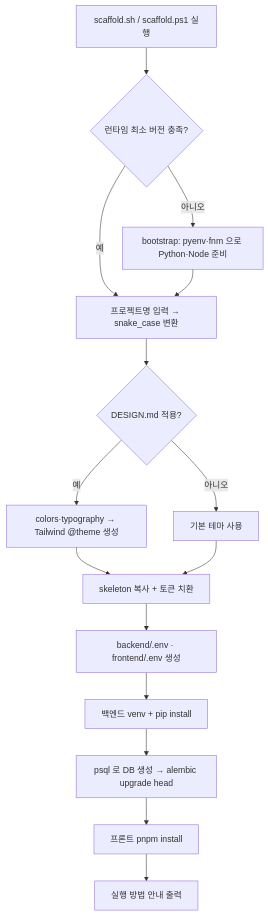
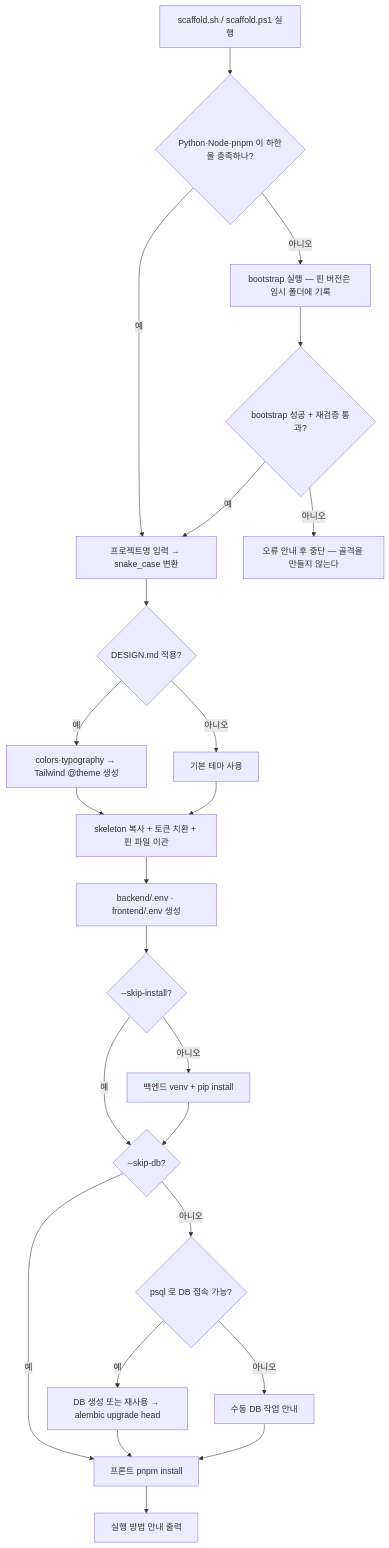
The second of 4 diagrams in README.md (al8bright/fastapi-svelte-pg-starter), drawn with Mermaid before and after one commit. The commit also changed other lines of this file, not shown here.

Commit message:
[Structural] docs: 스캐폴드 흐름도를 실제 동작에 맞게 수정
흐름도가 스크립트와 어긋나 있었다. 실패 경로가 아예 없었고 옵션 분기도 빠져 있었다.

- bootstrap 재검증 실패 시 중단 분기 추가
- --skip-install / --skip-db 분기와 psql 접속 실패 시 수동 안내 경로 추가
- '스크립트가 하는 일' 목록에 런타임 사전 검사 단계 추가

````diff
--- a/README.md
+++ b/README.md
@@ -61,17 +61,26 @@
 ```mermaid
 flowchart TD
-    A["scaffold.sh / scaffold.ps1 실행"] --> B{"런타임 최소 버전 충족?"}
-    B -- 아니오 --> C["bootstrap: pyenv·fnm 으로 Python·Node 준비"]
-    B -- 예 --> D["프로젝트명 입력 → snake_case 변환"]
-    C --> D
-    D --> E{"DESIGN.md 적용?"}
-    E -- 예 --> F["colors·typography → Tailwind @theme 생성"]
-    E -- 아니오 --> G["기본 테마 사용"]
-    F --> H["skeleton 복사 + 토큰 치환"]
-    G --> H
-    H --> I["backend/.env · frontend/.env 생성"]
-    I --> J["백엔드 venv + pip install"]
-    J --> K["psql 로 DB 생성 → alembic upgrade head"]
-    K --> L["프론트 pnpm install"]
-    L --> M["실행 방법 안내 출력"]
+    A["scaffold.sh / scaffold.ps1 실행"] --> B{"Python·Node·pnpm 이 하한을 충족하나?"}
+    B -- 예 --> E["프로젝트명 입력 → snake_case 변환"]
+    B -- 아니오 --> C["bootstrap 실행 — 핀 버전은 임시 폴더에 기록"]
+    C --> D{"bootstrap 성공 + 재검증 통과?"}
+    D -- 아니오 --> X["오류 안내 후 중단 — 골격을 만들지 않는다"]
+    D -- 예 --> E
+    E --> F{"DESIGN.md 적용?"}
+    F -- 예 --> G["colors·typography → Tailwind @theme 생성"]
+    F -- 아니오 --> H["기본 테마 사용"]
+    G --> I["skeleton 복사 + 토큰 치환 + 핀 파일 이관"]
+    H --> I
+    I --> J["backend/.env · frontend/.env 생성"]
+    J --> K{"--skip-install?"}
+    K -- 아니오 --> L["백엔드 venv + pip install"]
+    K -- 예 --> M{"--skip-db?"}
+    L --> M
+    M -- 아니오 --> N{"psql 로 DB 접속 가능?"}
+    N -- 예 --> O["DB 생성 또는 재사용 → alembic upgrade head"]
+    N -- 아니오 --> P["수동 DB 작업 안내"]
+    M -- 예 --> Q["프론트 pnpm install"]
+    O --> Q
+    P --> Q
+    Q --> R["실행 방법 안내 출력"]
 ```
````
